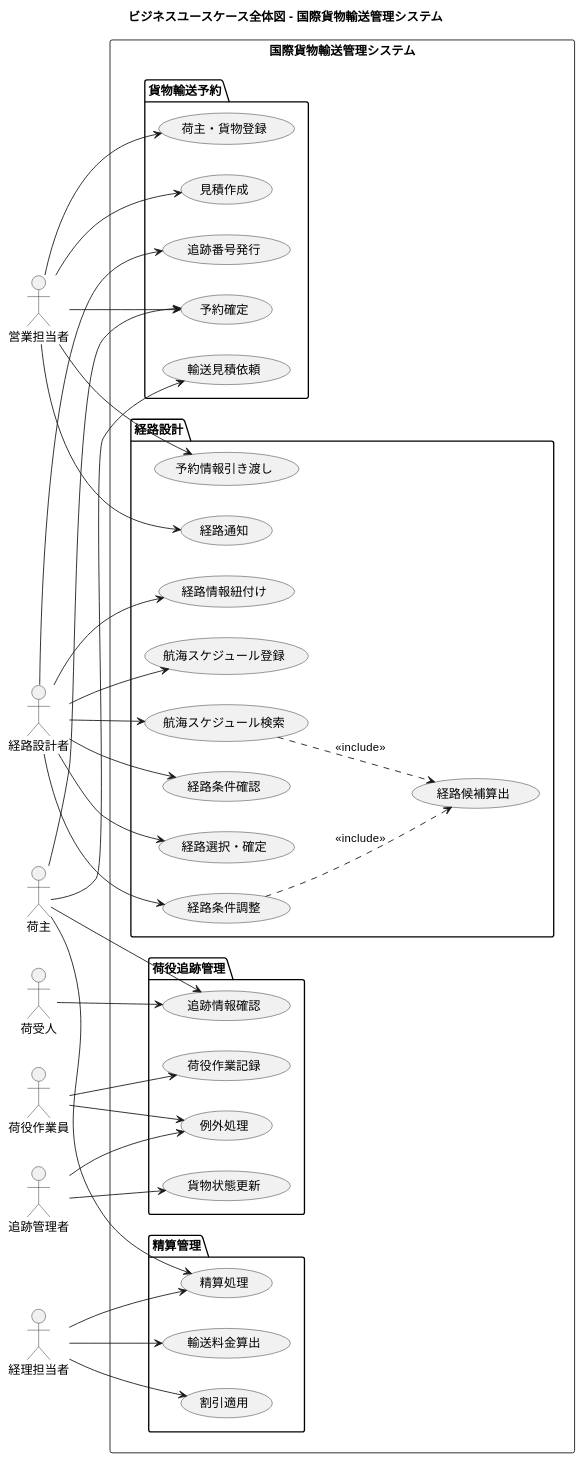
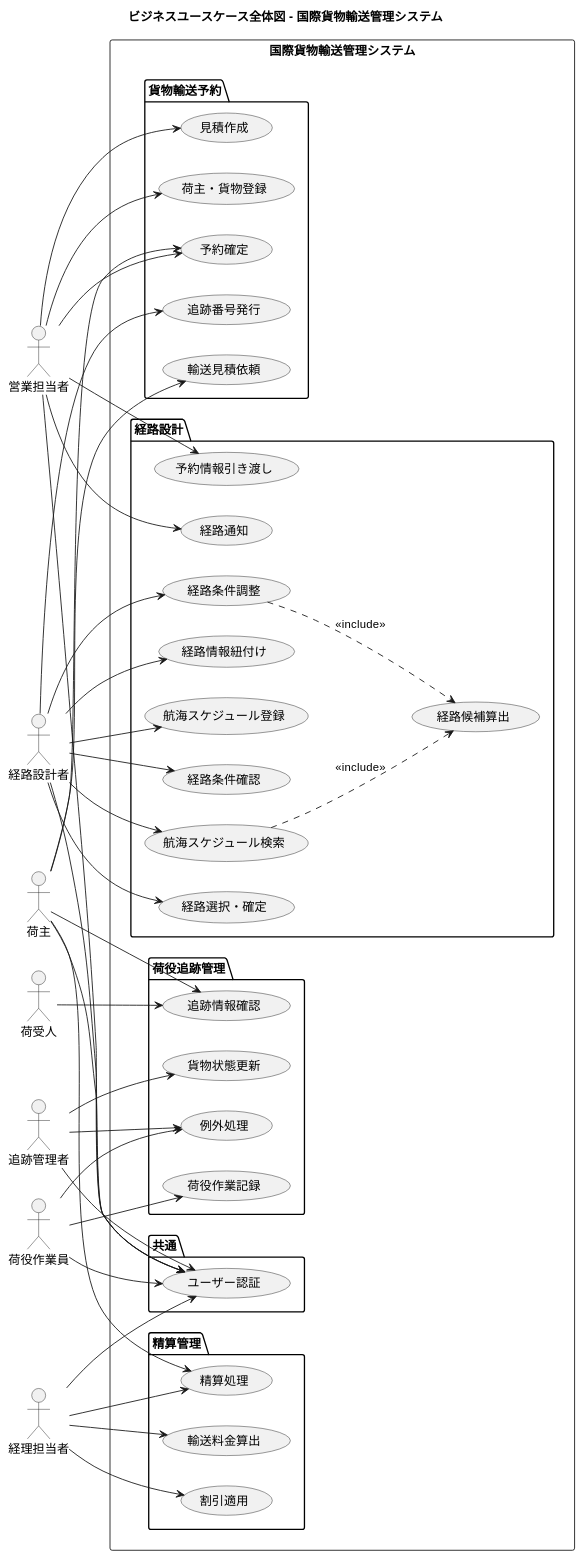
The diagram in docs/requirements/business_usecase.md (k2works/case-study-cargo-tracker), drawn with PlantUML before and after one commit. The commit also changed other lines of this file and 2 other files, not shown here.

Commit message:
docs(requirements): ユーザー認証ユースケースを追加
BUC22（ユーザー認証）・UC20（ユーザーを認証する）・US26/US27
（ログイン・ログアウト）を追加し、トレーサビリティを更新。
荷受人の追跡情報照会（UC15/US18）は追跡番号のみで認証不要とする。

````diff
--- a/docs/requirements/business_usecase.md
+++ b/docs/requirements/business_usecase.md
@@ -56,6 +56,9 @@
     usecase "割引適用" as BUC19
     usecase "精算処理" as BUC20
   }
+  package 共通 {
+    usecase "ユーザー認証" as BUC22
+  }
 }
 
 荷主 --> BUC01
@@ -84,6 +87,12 @@
 経理担当者 --> BUC19
 経理担当者 --> BUC20
 荷主 --> BUC20
+荷主 --> BUC22
+営業担当者 --> BUC22
+経路設計者 --> BUC22
+追跡管理者 --> BUC22
+荷役作業員 --> BUC22
+経理担当者 --> BUC22
 
 @enduml
 ```
````
